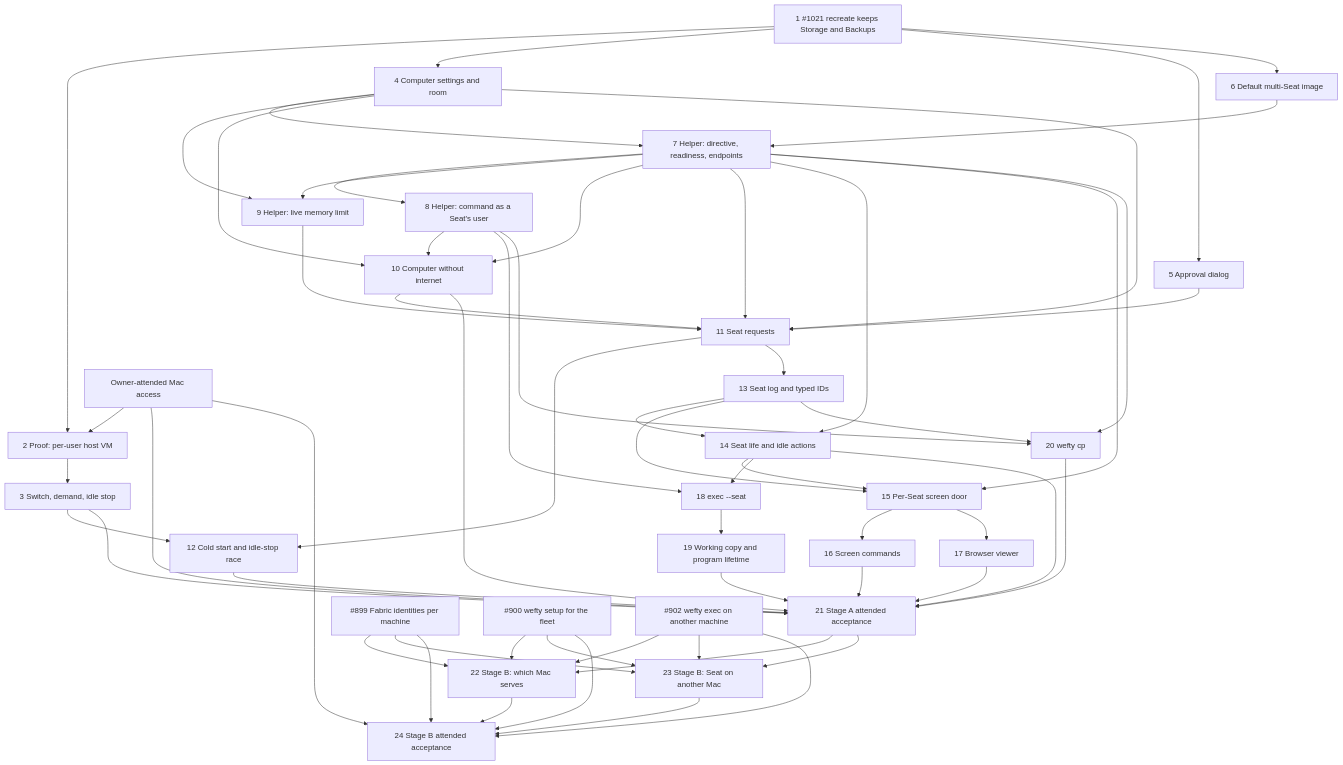
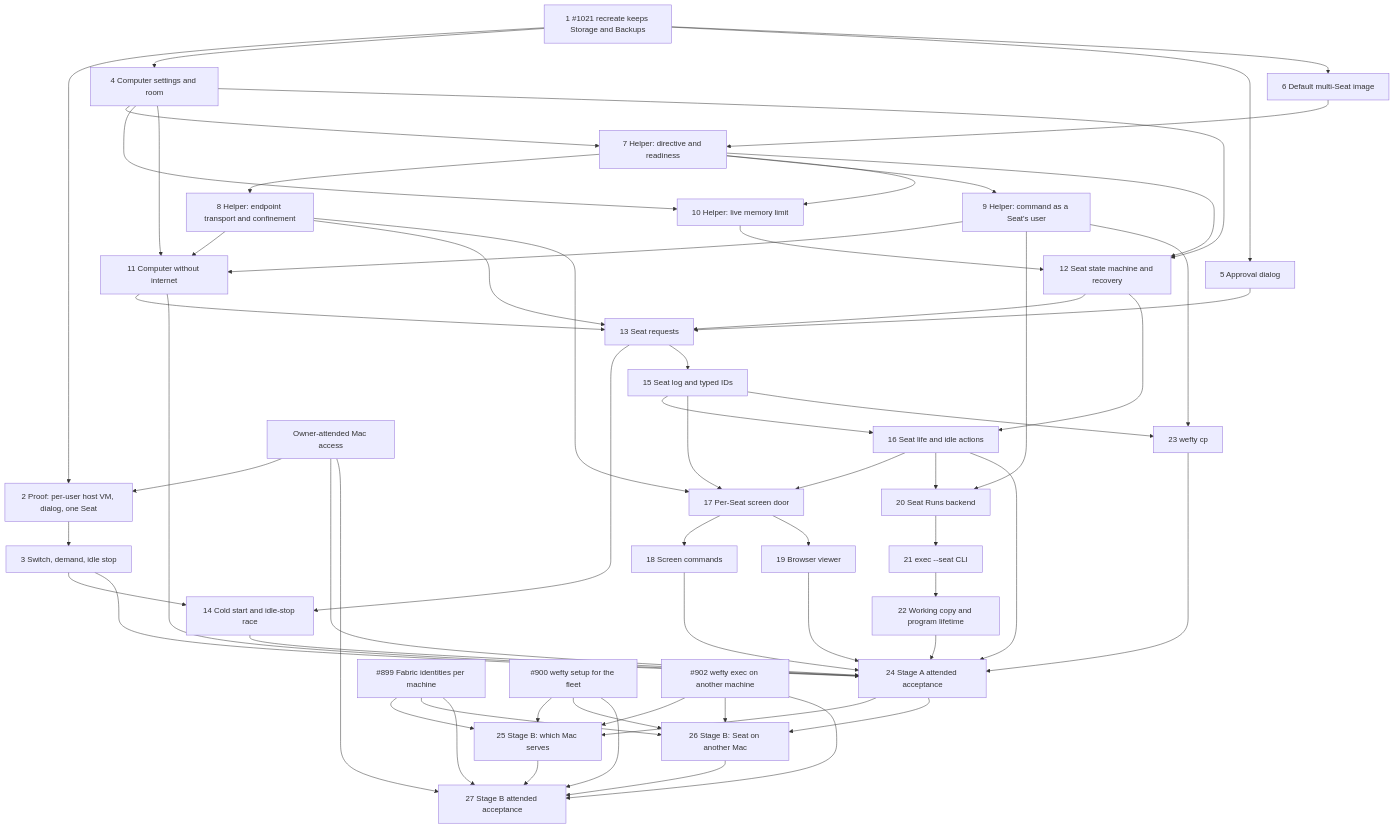
The diagram in docs/specs/2026-10-21-computer-request-wave.md (Derek-X-Wang/wefty), drawn with Mermaid before and after one commit. The commit also changed other lines of this file and 2 other files, not shown here.

First line of the commit message:
docs(spec): apply review round 2 — trust wording, room on shrink, recovery, ticket splits (#1019)

````diff
--- a/docs/specs/2026-10-21-computer-request-wave.md
+++ b/docs/specs/2026-10-21-computer-request-wave.md
@@ -59,61 +63,64 @@
 ```mermaid
 flowchart TD
-  T01["1 #1021 recreate keeps Storage and Backups"] --> T02[2 Proof: per-user host VM]
+  T01["1 #1021 recreate keeps Storage and Backups"] --> T02[2 Proof: per-user host VM, dialog, one Seat]
   T02 --> T03[3 Switch, demand, idle stop]
   T01 --> T04[4 Computer settings and room]
   T01 --> T05[5 Approval dialog]
   T01 --> T06[6 Default multi-Seat image]
-  T04 --> T07[7 Helper: directive, readiness, endpoints]
+  T04 --> T07[7 Helper: directive and readiness]
   T06 --> T07
-  T07 --> T08[8 Helper: command as a Seat's user]
-  T04 --> T09[9 Helper: live memory limit]
-  T07 --> T09
-  T04 --> T10[10 Computer without internet]
+  T07 --> T08[8 Helper: endpoint transport and confinement]
+  T07 --> T09[9 Helper: command as a Seat's user]
+  T04 --> T10[10 Helper: live memory limit]
   T07 --> T10
-  T08 --> T10
-  T04 --> T11[11 Seat requests]
-  T05 --> T11
-  T07 --> T11
+  T04 --> T11[11 Computer without internet]
+  T08 --> T11
   T09 --> T11
-  T10 --> T11
-  T03 --> T12[12 Cold start and idle-stop race]
-  T11 --> T12
-  T11 --> T13[13 Seat log and typed IDs]
-  T07 --> T14[14 Seat life and idle actions]
+  T04 --> T12[12 Seat state machine and recovery]
+  T07 --> T12
+  T10 --> T12
+  T05 --> T13[13 Seat requests]
+  T08 --> T13
+  T11 --> T13
+  T12 --> T13
+  T03 --> T14[14 Cold start and idle-stop race]
   T13 --> T14
-  T07 --> T15[15 Per-Seat screen door]
-  T13 --> T15
-  T14 --> T15
-  T15 --> T16[16 Screen commands]
-  T15 --> T17[17 Browser viewer]
-  T08 --> T18[18 exec --seat]
-  T14 --> T18
-  T18 --> T19[19 Working copy and program lifetime]
-  T07 --> T20[20 wefty cp]
-  T08 --> T20
-  T13 --> T20
-  T03 --> T21[21 Stage A attended acceptance]
-  T10 --> T21
-  T12 --> T21
-  T14 --> T21
-  T16 --> T21
-  T17 --> T21
-  T19 --> T21
-  T20 --> T21
+  T13 --> T15[15 Seat log and typed IDs]
+  T12 --> T16[16 Seat life and idle actions]
+  T15 --> T16
+  T08 --> T17[17 Per-Seat screen door]
+  T15 --> T17
+  T16 --> T17
+  T17 --> T18[18 Screen commands]
+  T17 --> T19[19 Browser viewer]
+  T09 --> T20[20 Seat Runs backend]
+  T16 --> T20
+  T20 --> T21[21 exec --seat CLI]
+  T21 --> T22[22 Working copy and program lifetime]
+  T09 --> T23[23 wefty cp]
+  T15 --> T23
+  T03 --> T24[24 Stage A attended acceptance]
+  T11 --> T24
+  T14 --> T24
+  T16 --> T24
+  T18 --> T24
+  T19 --> T24
+  T22 --> T24
+  T23 --> T24
   OwnerMac["Owner-attended Mac access"] --> T02
-  OwnerMac --> T21
-  F899["#899 Fabric identities per machine"] --> T22[22 Stage B: which Mac serves]
-  F900["#900 wefty setup for the fleet"] --> T22
-  F902["#902 wefty exec on another machine"] --> T22
-  T21 --> T22
-  F899 --> T23[23 Stage B: Seat on another Mac]
-  F900 --> T23
-  F902 --> T23
-  T21 --> T23
-  T22 --> T24[24 Stage B attended acceptance]
-  T23 --> T24
-  F899 --> T24
-  F900 --> T24
-  F902 --> T24
   OwnerMac --> T24
+  F899["#899 Fabric identities per machine"] --> T25[25 Stage B: which Mac serves]
+  F900["#900 wefty setup for the fleet"] --> T25
+  F902["#902 wefty exec on another machine"] --> T25
+  T24 --> T25
+  F899 --> T26[26 Stage B: Seat on another Mac]
+  F900 --> T26
+  F902 --> T26
+  T24 --> T26
+  T25 --> T27[27 Stage B attended acceptance]
+  T26 --> T27
+  F899 --> T27
+  F900 --> T27
+  F902 --> T27
+  OwnerMac --> T27
 ```
````
